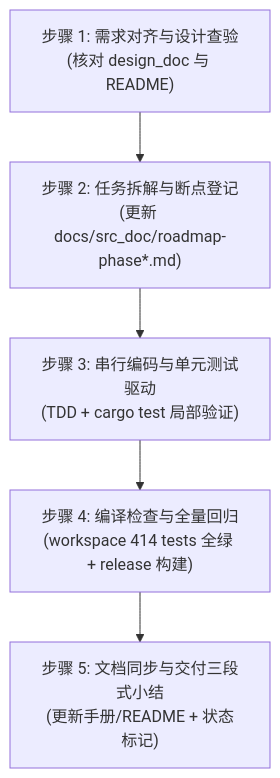
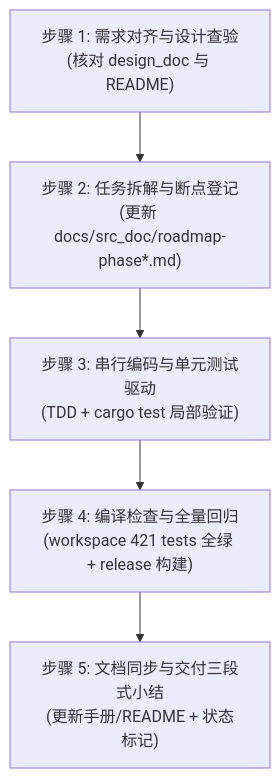
The diagram in skills/agent-body-developer/SKILL.md (digoal/agent-body), drawn with Mermaid before and after one commit. The commit also changed other lines of this file and 69 other files, not shown here.

````diff
--- a/skills/agent-body-developer/SKILL.md
+++ b/skills/agent-body-developer/SKILL.md
@@ -116,7 +116,7 @@
 ```mermaid
 flowchart TD
     A["步骤 1: 需求对齐与设计查验<br/>(核对 design_doc 与 README)"] --> B["步骤 2: 任务拆解与断点登记<br/>(更新 docs/src_doc/roadmap-phase*.md)"]
     B --> C["步骤 3: 串行编码与单元测试驱动<br/>(TDD + cargo test 局部验证)"]
-    C --> D["步骤 4: 编译检查与全量回归<br/>(workspace 414 tests 全绿 + release 构建)"]
+    C --> D["步骤 4: 编译检查与全量回归<br/>(workspace 421 tests 全绿 + release 构建)"]
     D --> E["步骤 5: 文档同步与交付三段式小结<br/>(更新手册/README + 状态标记)"]
 ```
````
